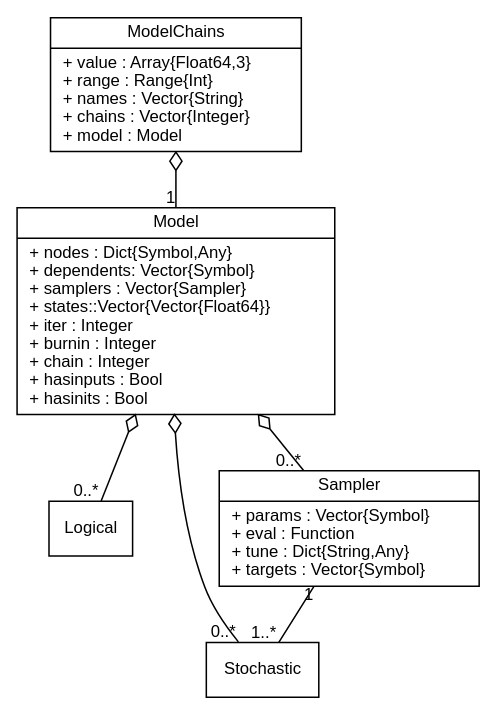
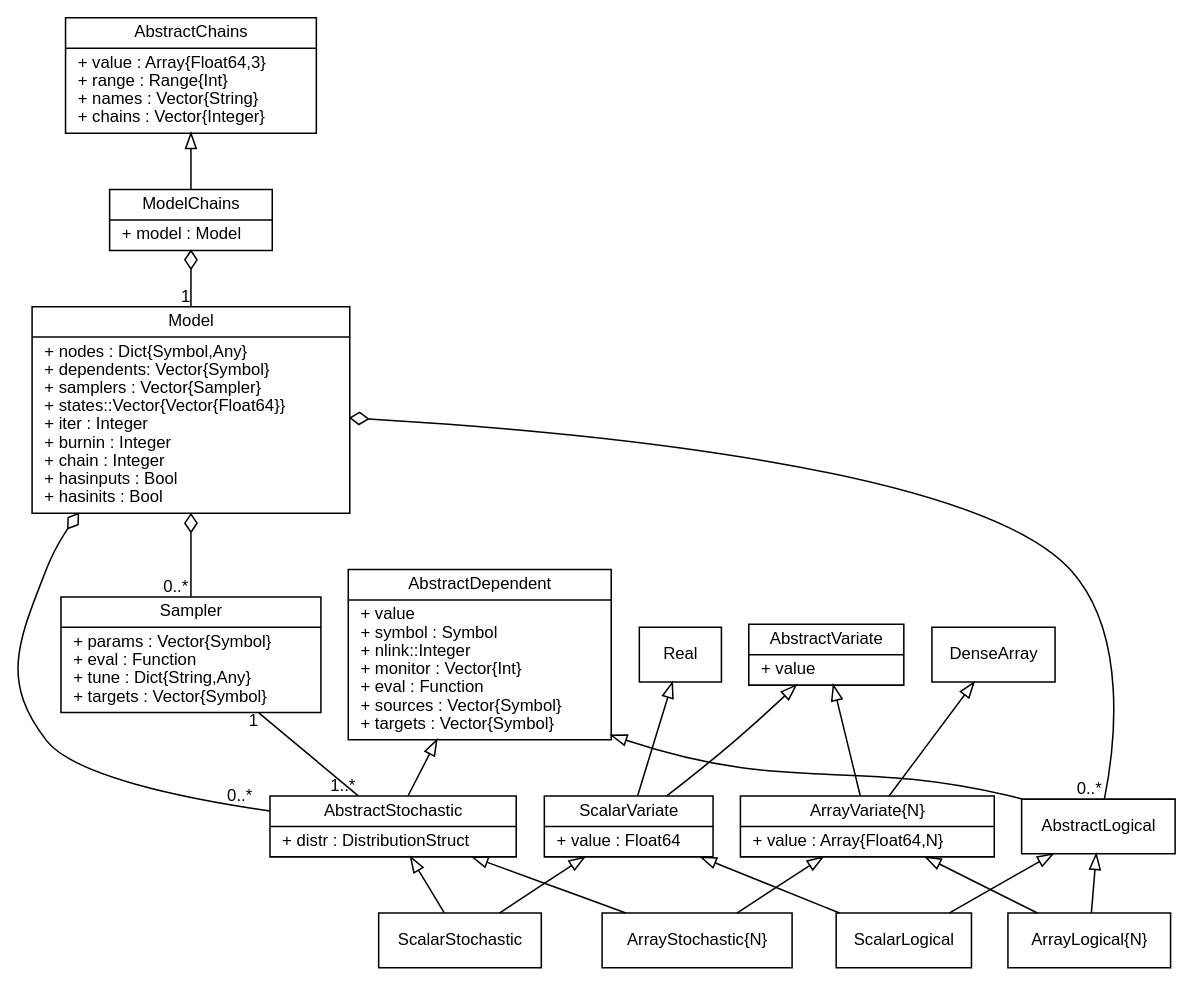
One commit to brian-j-smith/Mamba.jl changed the diagram in doc/images/mcmcUML.dot. Above: the diagram before and after it, drawn with Graphviz. The commit also changed 14 other files, not shown here.

```diff
--- a/doc/images/mcmcUML.dot
+++ b/doc/images/mcmcUML.dot
@@ -1,25 +1,66 @@
 graph MCMC {
     fontname = "Helvetica"
     fontsize = 11
+    splines = true
+    overlap = false
 
     node [fontname = "Helvetica", fontsize = 11, shape = record]
 
     edge [fontname = "Helvetica", fontsize = 11, dir = both, arrowtail = none, arrowhead = none]
 
-    Logical [label = "{Logical}", pos="0,175"]
+    Real [label = "{Real}", pos="310,610"]
 
-    Stochastic [label = "{Stochastic}", pos="100,175"]
+    DenseArray [label = "{DenseArray}", pos="310,570"]
 
-    Sampler [label = "{Sampler|+ params : Vector\{Symbol\}\l+ eval : Function\l+ tune : Dict\{String,Any\}\l+ targets : Vector\{Symbol\}\l}", pos="275,125"]
+    AbstractDependent [label = "{AbstractDependent|+ value\l+ symbol : Symbol\l+ nlink::Integer\l+ monitor : Vector\{Int\}\l+ eval : Function\l+ sources : Vector\{Symbol\}\l+ targets : Vector\{Symbol\}\l}", pos="275,425"]
 
-    Model [label = "{Model|+ nodes : Dict\{Symbol,Any\}\l+ dependents: Vector\{Symbol\}\l+ samplers : Vector\{Sampler\}\l+ states::Vector\{Vector\{Float64\}\}\l+ iter : Integer\l+ burnin : Integer\l+ chain : Integer\l+ hasinputs : Bool\l+ hasinits : Bool\l}", pos="50,25"]
+    AbstractLogical [label = "{AbstractLogical}", pos="75,425"]
 
-    ModelChains [label = "{ModelChains|+ value : Array\{Float64,3\}\l+ range : Range\{Int\}\l+ names : Vector\{String\}\l+ chains : Vector\{Integer\}\l+ model : Model\l}", pos="275,0"]
+    AbstractStochastic [label = "{AbstractStochastic|+ distr : DistributionStruct\l}", pos="475,425"]
 
-    Sampler -- Stochastic[taillabel = "1", headlabel = "1..*"]
-    Model -- Sampler[arrowtail = odiamond, headlabel = "0..*"]
-    Model -- Logical[arrowtail = odiamond, headlabel = "0..*"]
-    Model -- Stochastic[arrowtail = odiamond, headlabel = "0..*"]
-    ModelChains -- Model[arrowtail = odiamond, headlabel = "1"]
+    AbstractVariate [label = "{AbstractVariate|+ value\l}", pos="225,590"]
+
+    ArrayLogical [label = "{ArrayLogical\{N\}}", pos="125,515"]
+
+    ArrayStochastic [label = "{ArrayStochastic\{N\}}", pos="425,515"]
+
+    ArrayVariate [label = "{ArrayVariate\{N\}|+ value : Array\{Float64,N\}\l}", pos="275,515"]
+
+    ScalarLogical [label = "{ScalarLogical}", pos="25,515"]
+
+    ScalarStochastic [label = "{ScalarStochastic}", pos="525,515"]
+
+    ScalarVariate [label = "{ScalarVariate|+ value : Float64\l}", pos="275,665"]
+
+    Model [label = "{Model|+ nodes : Dict\{Symbol,Any\}\l+ dependents: Vector\{Symbol\}\l+ samplers : Vector\{Sampler\}\l+ states::Vector\{Vector\{Float64\}\}\l+ iter : Integer\l+ burnin : Integer\l+ chain : Integer\l+ hasinputs : Bool\l+ hasinits : Bool\l}", pos="275,290"]
+
+    Sampler [label = "{Sampler|+ params : Vector\{Symbol\}\l+ eval : Function\l+ tune : Dict\{String,Any\}\l+ targets : Vector\{Symbol\}\l}", pos="475,290"]
+
+    AbstractChains  [label = "{AbstractChains|+ value : Array\{Float64,3\}\l+ range : Range\{Int\}\l+ names : Vector\{String\}\l+ chains : Vector\{Integer\}\l}", pos="75,330"]
+
+    ModelChains [label = "{ModelChains|+ model : Model\l}", pos="75,250"]
+
+    Real -- ScalarVariate [arrowtail = empty]
+    DenseArray -- ArrayVariate [arrowtail = empty]
+
+    AbstractChains -- ModelChains [arrowtail = empty]
+    AbstractDependent -- AbstractLogical [arrowtail = empty]
+    AbstractDependent -- AbstractStochastic [arrowtail = empty]
+    AbstractLogical -- ArrayLogical [arrowtail = empty]
+    AbstractLogical -- ScalarLogical [arrowtail = empty]
+    AbstractStochastic -- ArrayStochastic [arrowtail = empty]
+    AbstractStochastic -- ScalarStochastic [arrowtail = empty]
+    AbstractVariate -- ArrayVariate [arrowtail = empty]
+    AbstractVariate -- ScalarVariate [arrowtail = empty]
+    ArrayVariate -- ArrayLogical [arrowtail = empty]
+    ArrayVariate -- ArrayStochastic [arrowtail = empty]
+    ScalarVariate -- ScalarLogical [arrowtail = empty]
+    ScalarVariate -- ScalarStochastic [arrowtail = empty]
+
+    Sampler -- AbstractStochastic [taillabel = "1", headlabel = "1..*"]
+    Model -- Sampler [arrowtail = odiamond, headlabel = "0..*"]
+    Model -- AbstractLogical [arrowtail = odiamond, headlabel = "0..*"]
+    Model -- AbstractStochastic [arrowtail = odiamond, headlabel = "0..*", labeldistance = 2.2, labelangle = -17]
+    ModelChains -- Model [arrowtail = odiamond, headlabel = "1"]
 
 }
```
